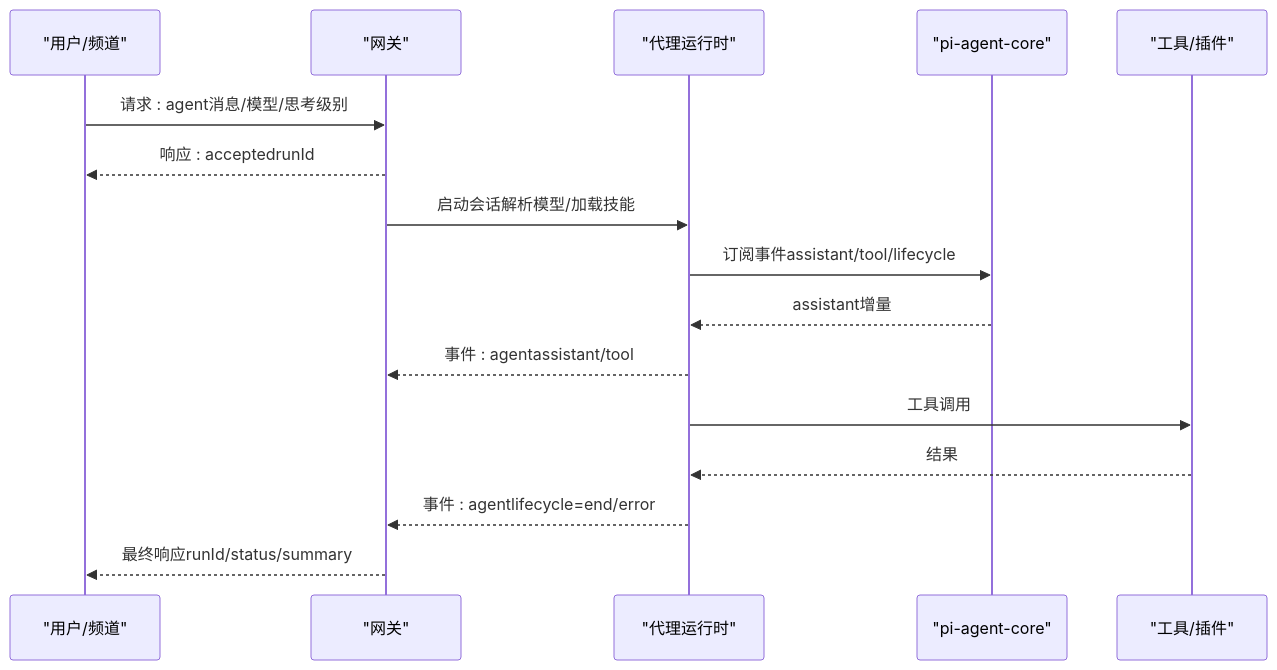
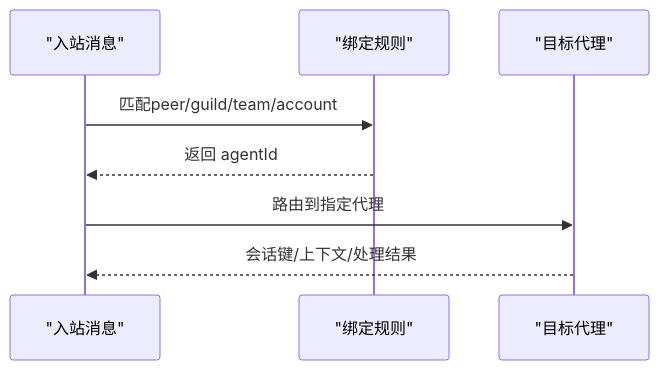
One commit to botx-work/OpenClaw-Internals changed the seventh of 10 diagrams in repowiki/zh/content/核心概念/核心概念.md. Above: the diagram before and after it, drawn with Mermaid. The commit also changed other lines of this file and 542 other files, not shown here.

````diff
--- a/repowiki/zh/content/核心概念/核心概念.md
+++ b/repowiki/zh/content/核心概念/核心概念.md
@@ -217,18 +281,10 @@
 ```mermaid
 sequenceDiagram
-participant User as "用户/频道"
-participant Gateway as "网关"
-participant Agent as "代理运行时"
-participant PI as "pi-agent-core"
-participant Tools as "工具/插件"
-User->>Gateway : 请求 : agent消息/模型/思考级别
-Gateway-->>User : 响应 : acceptedrunId
-Gateway->>Agent : 启动会话解析模型/加载技能
-Agent->>PI : 订阅事件assistant/tool/lifecycle
-PI-->>Agent : assistant增量
-Agent-->>Gateway : 事件 : agentassistant/tool
-Agent->>Tools : 工具调用
-Tools-->>Agent : 结果
-Agent-->>Gateway : 事件 : agentlifecycle=end/error
-Gateway-->>User : 最终响应runId/status/summary
+participant In as "入站消息"
+participant Bind as "绑定规则"
+participant Agent as "目标代理"
+In->>Bind : 匹配peer/guild/team/account
+Bind-->>In : 返回 agentId
+In->>Agent : 路由到指定代理
+Agent-->>In : 会话键/上下文/处理结果
 ```
````
